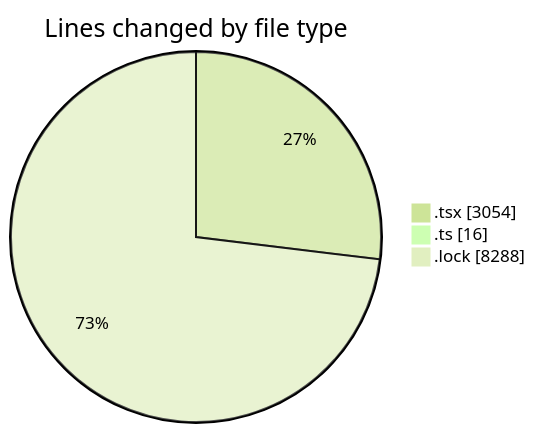
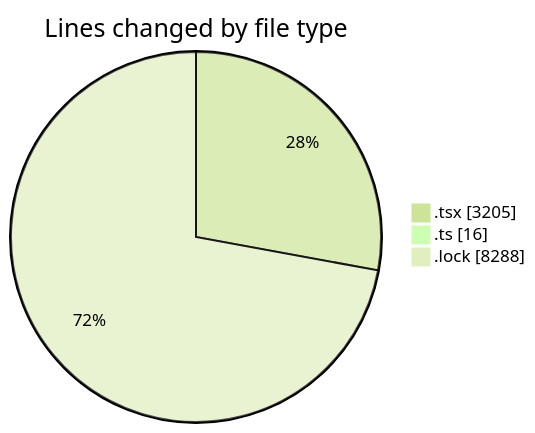
The first of 2 diagrams in 2025-11-07/cda/README.md (momahboobian/code-tracking), drawn with Mermaid (forest theme) before and after one commit. The commit also changed other lines of this file and 1 other file, not shown here.

````diff
--- a/2025-11-07/cda/README.md
+++ b/2025-11-07/cda/README.md
@@ -24,7 +25,7 @@
 ```mermaid
 pie showData
 title Lines changed by file type
-".tsx" : 3054
+".tsx" : 3205
 ".ts" : 16
 ".lock" : 8288
 ```
````
